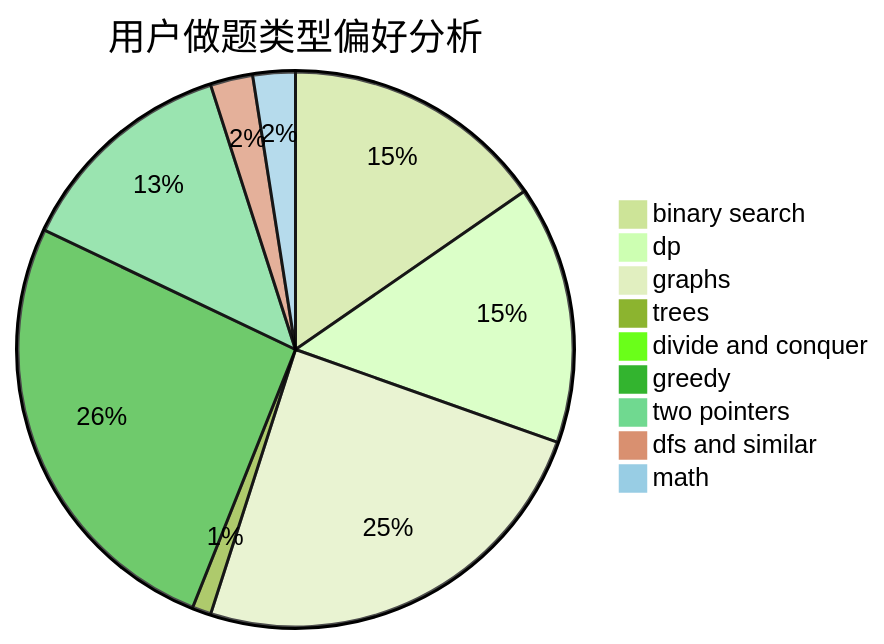
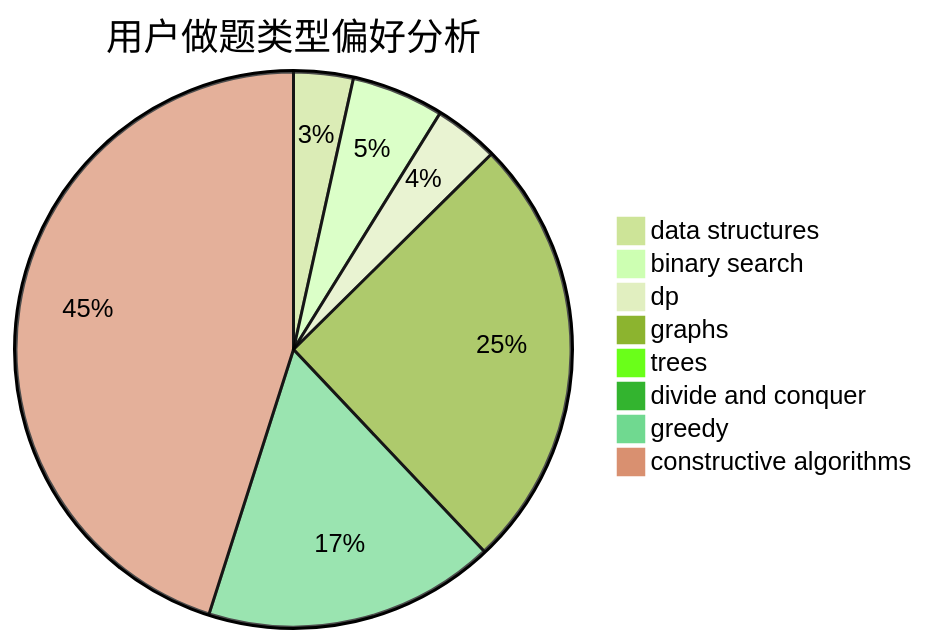
The second of 3 diagrams in docs/user/u1417.md (sherpahu/cfrs.github.io), drawn with Mermaid (forest theme) before and after one commit. The commit also changed other lines of this file and 2775 other files, not shown here.

````diff
--- a/docs/user/u1417.md
+++ b/docs/user/u1417.md
@@ -23,12 +23,11 @@
 ```mermaid
 pie title 用户做题类型偏好分析
-    "binary search" :  336
-    "dp" :  329
-    "graphs" :  536
-    "trees" :  24
+    "data structures" :  69
+    "binary search" :  107
+    "dp" :  75
+    "graphs" :  505
+    "trees" :  0
     "divide and conquer" :  0
-    "greedy" :  569
-    "two pointers" :  284
-    "dfs and similar" :  54
-    "math" :  54
+    "greedy" :  338
+    "constructive algorithms" :  898
 ```
````
